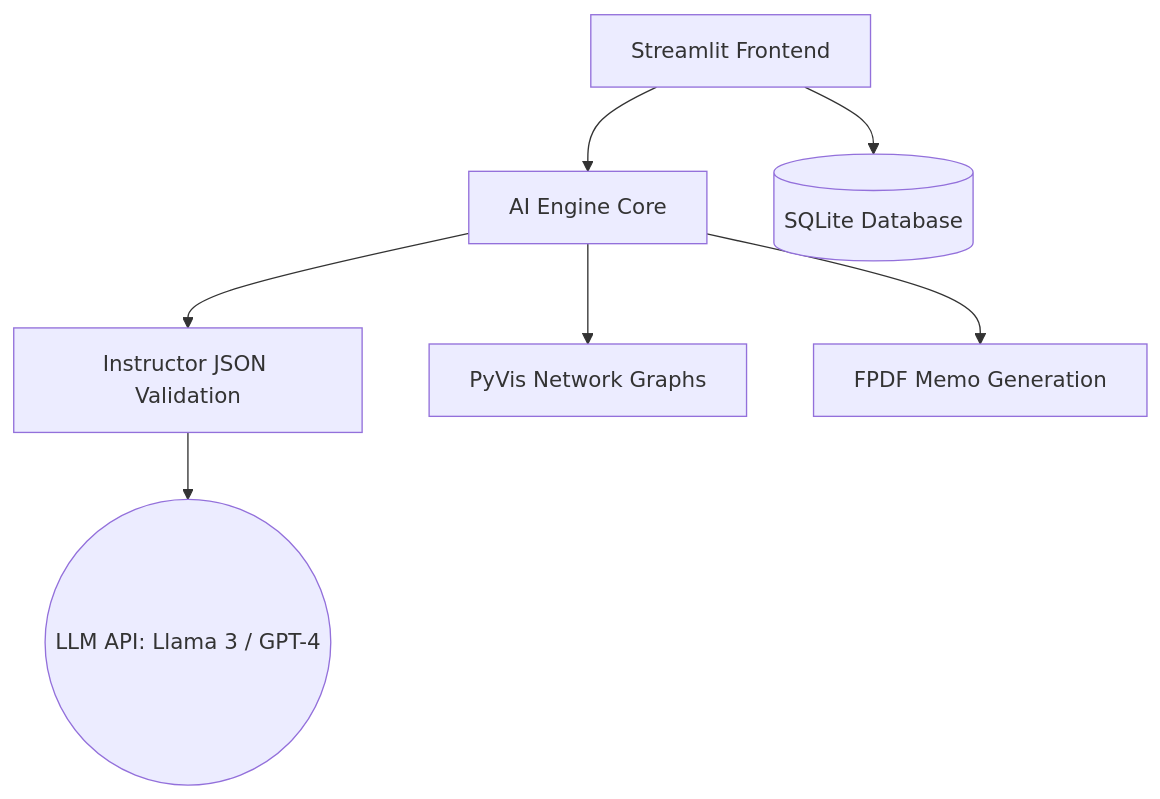
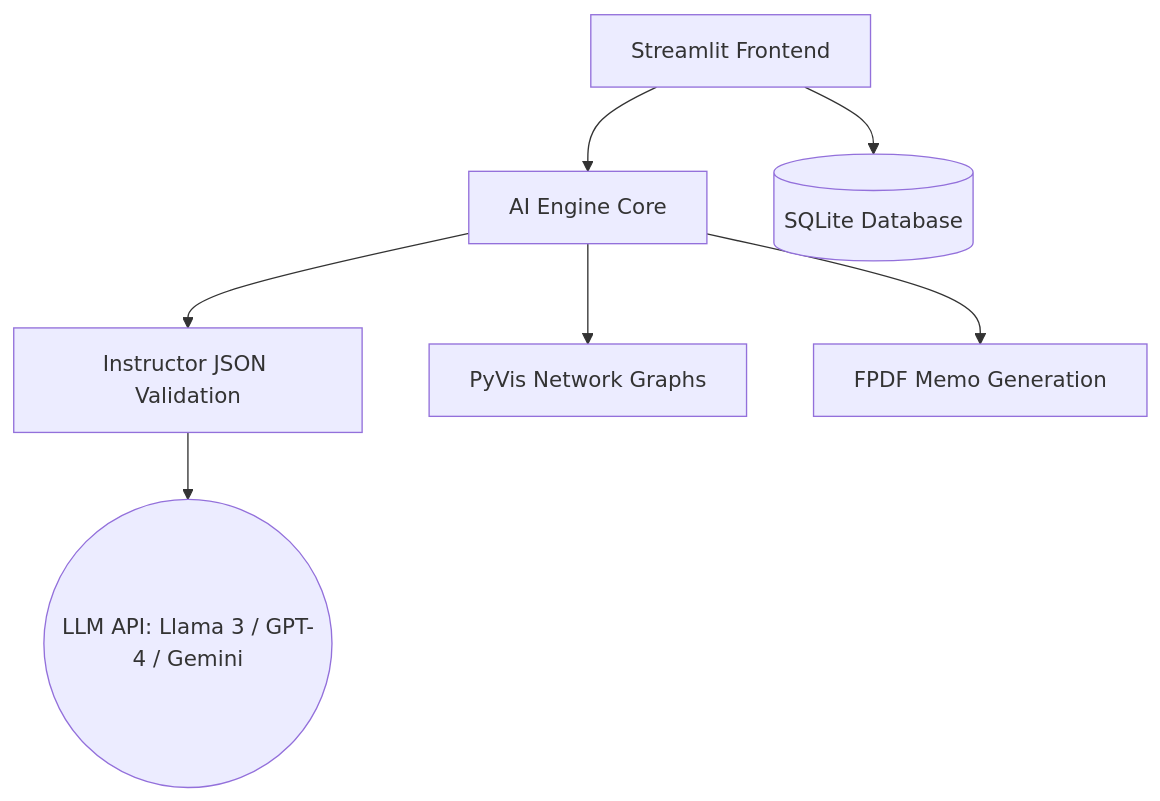
The first of 2 diagrams in README.md (amitbaghel001/VentureFlow-AI), drawn with Mermaid before and after one commit. The commit also changed other lines of this file, not shown here.

Commit message:
completed readme with architecture diagram

````diff
--- a/README.md
+++ b/README.md
@@ -53,9 +22,9 @@
 ```mermaid
 graph TD
     UI[Streamlit Frontend] --> Core[AI Engine Core]
     UI --> DB[(SQLite Database)]
     Core --> Instructor[Instructor JSON Validation]
-    Instructor --> LLM((LLM API: Llama 3 / GPT-4))
+    Instructor --> LLM((LLM API: Llama 3 / GPT-4 / Gemini))
     Core --> Vis[PyVis Network Graphs]
     Core --> PDF[FPDF Memo Generation]
 ```
````
